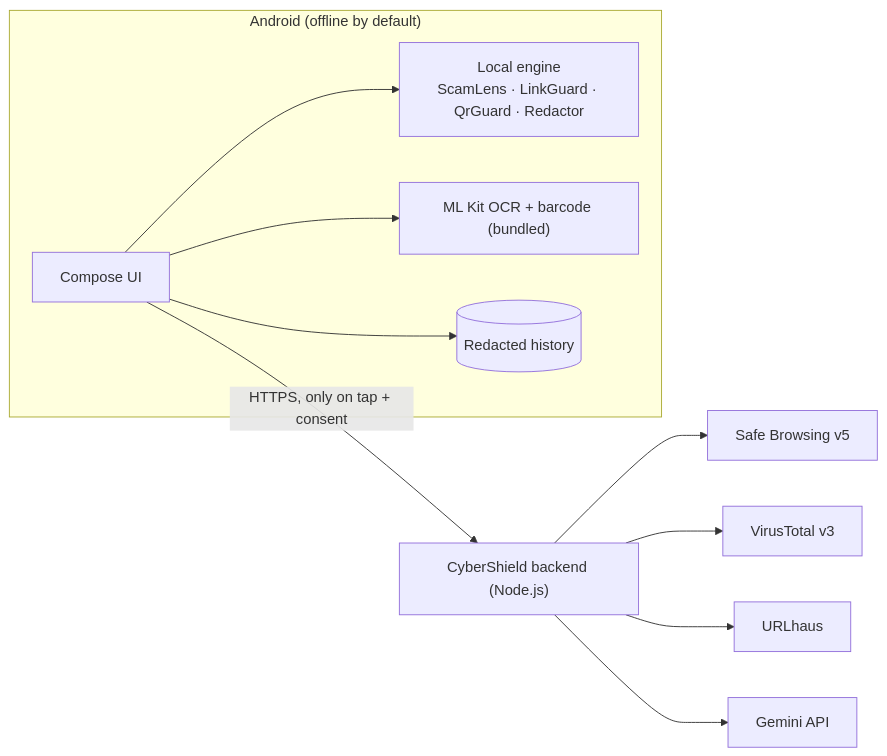
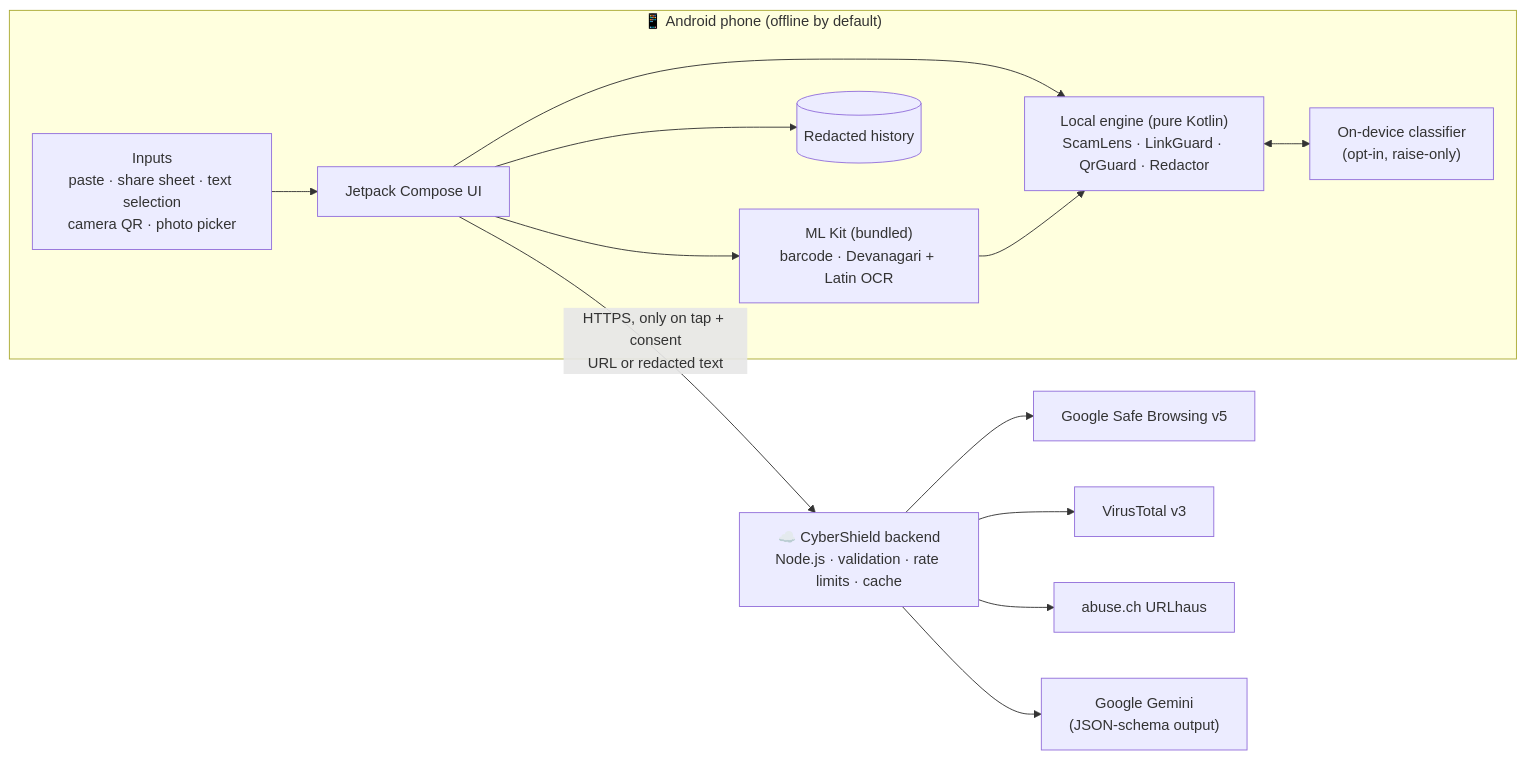
Before and after one commit to RajvardhanPatil07/CyberShield: the first of 2 diagrams in README.md, drawn with Mermaid. The commit also changed other lines of this file, not shown here.

Commit message:
README: redesign with live demo link, badges, architecture and pipeline diagrams (#7)

````diff
--- a/README.md
+++ b/README.md
@@ -56,10 +119,20 @@
 ```mermaid
 flowchart LR
-    subgraph Phone["Android (offline by default)"]
-        UI["Compose UI"] --> ENG["Local engine<br/>ScamLens · LinkGuard · QrGuard · Redactor"]
-        UI --> ML["ML Kit OCR + barcode (bundled)"]
-        UI --> DB[("Redacted history")]
+    subgraph Phone["📱 Android phone (offline by default)"]
+        IN["Inputs<br/>paste · share sheet · text selection<br/>camera QR · photo picker"]
+        UI["Jetpack Compose UI"]
+        ENG["Local engine (pure Kotlin)<br/>ScamLens · LinkGuard · QrGuard · Redactor"]
+        MLK["ML Kit (bundled)<br/>barcode · Devanagari + Latin OCR"]
+        CLS["On-device classifier<br/>(opt-in, raise-only)"]
+        DB[("Redacted history")]
+        IN --> UI --> ENG
+        UI --> MLK --> ENG
+        ENG <--> CLS
+        UI --> DB
     end
-    UI -- "HTTPS, only on tap + consent" --> API["CyberShield backend (Node.js)"]
-    API --> GSB["Safe Browsing v5"] & VT["VirusTotal v3"] & UH["URLhaus"] & GEM["Gemini API"]
+    UI -- "HTTPS, only on tap + consent<br/>URL or redacted text" --> API["☁️ CyberShield backend<br/>Node.js · validation · rate limits · cache"]
+    API --> GSB["Google Safe Browsing v5"]
+    API --> VT["VirusTotal v3"]
+    API --> UH["abuse.ch URLhaus"]
+    API --> GEM["Google Gemini<br/>(JSON-schema output)"]
 ```
````
